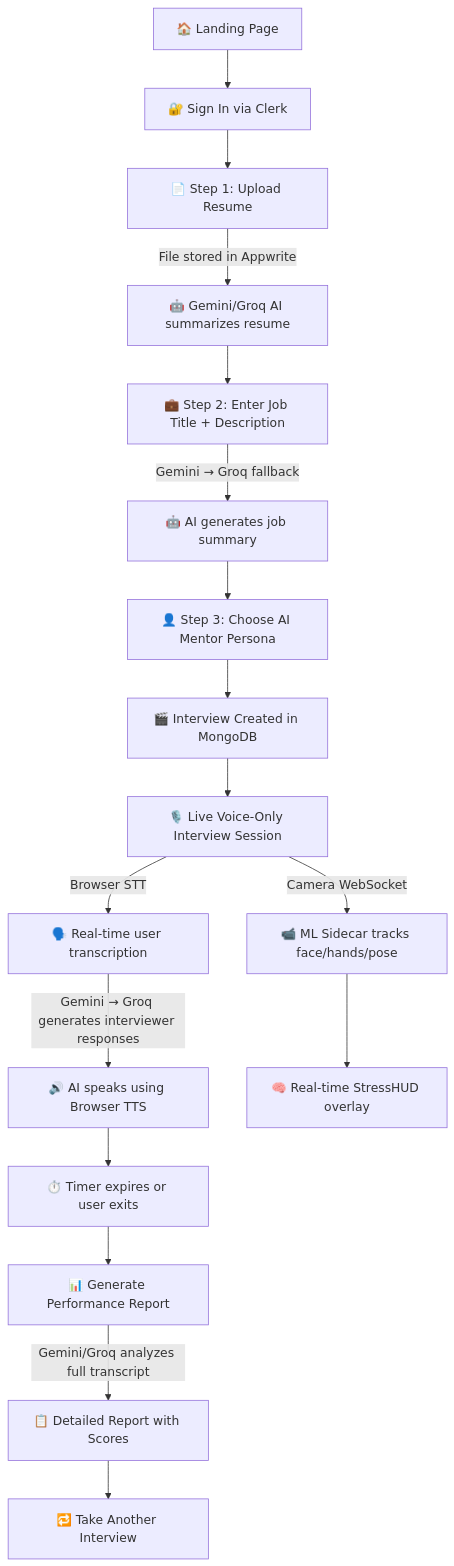
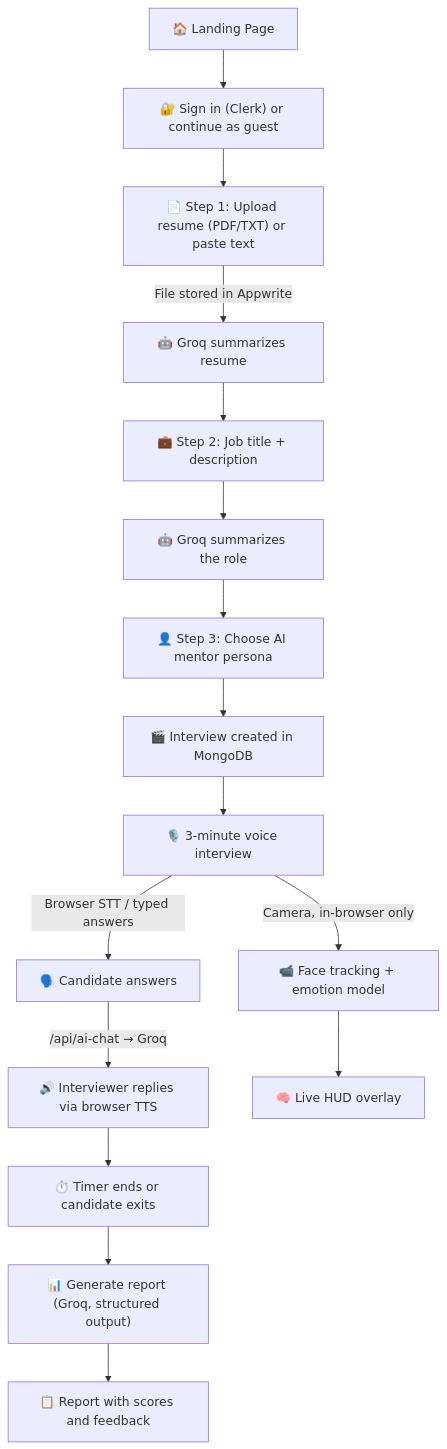
One commit to ShivamYash742/MockMentor changed the diagram in README.md. Above: the diagram before and after it, drawn with Mermaid. The commit also changed other lines of this file and 4 other files, not shown here.

First line of the commit message:
Release v2.0.0: update README for the browser-based architecture

````diff
--- a/README.md
+++ b/README.md
@@ -38,19 +45,18 @@
 ```mermaid
 flowchart TD
-    A["🏠 Landing Page"] --> B["🔐 Sign In via Clerk"]
-    B --> C["📄 Step 1: Upload Resume"]
-    C -->|File stored in Appwrite| D["🤖 Gemini/Groq AI summarizes resume"]
-    D --> E["💼 Step 2: Enter Job Title + Description"]
-    E -->|"Gemini → Groq fallback"| F["🤖 AI generates job summary"]
-    F --> G["👤 Step 3: Choose AI Mentor Persona"]
-    G --> H["🎬 Interview Created in MongoDB"]
-    H --> I["🎙️ Live Voice-Only Interview Session"]
-    I -->|Browser STT| J["🗣️ Real-time user transcription"]
-    J -->|"Gemini → Groq generates interviewer responses"| K["🔊 AI speaks using Browser TTS"]
-    I -->|Camera WebSocket| L["📹 ML Sidecar tracks face/hands/pose"]
-    L --> M["🧠 Real-time StressHUD overlay"]
-    K --> N["⏱️ Timer expires or user exits"]
-    N --> O["📊 Generate Performance Report"]
-    O -->|"Gemini/Groq analyzes full transcript"| P["📋 Detailed Report with Scores"]
-    P --> Q["🔁 Take Another Interview"]
+    A["🏠 Landing Page"] --> B["🔐 Sign in (Clerk) or continue as guest"]
+    B --> C["📄 Step 1: Upload resume (PDF/TXT) or paste text"]
+    C -->|"File stored in Appwrite"| D["🤖 Groq summarizes resume"]
+    D --> E["💼 Step 2: Job title + description"]
+    E --> F["🤖 Groq summarizes the role"]
+    F --> G["👤 Step 3: Choose AI mentor persona"]
+    G --> H["🎬 Interview created in MongoDB"]
+    H --> I["🎙️ 3-minute voice interview"]
+    I -->|"Browser STT / typed answers"| J["🗣️ Candidate answers"]
+    J -->|"/api/ai-chat → Groq"| K["🔊 Interviewer replies via browser TTS"]
+    I -->|"Camera, in-browser only"| L["📹 Face tracking + emotion model"]
+    L --> M["🧠 Live HUD overlay"]
+    K --> N["⏱️ Timer ends or candidate exits"]
+    N --> O["📊 Generate report (Groq, structured output)"]
+    O --> P["📋 Report with scores and feedback"]
 ```
````
